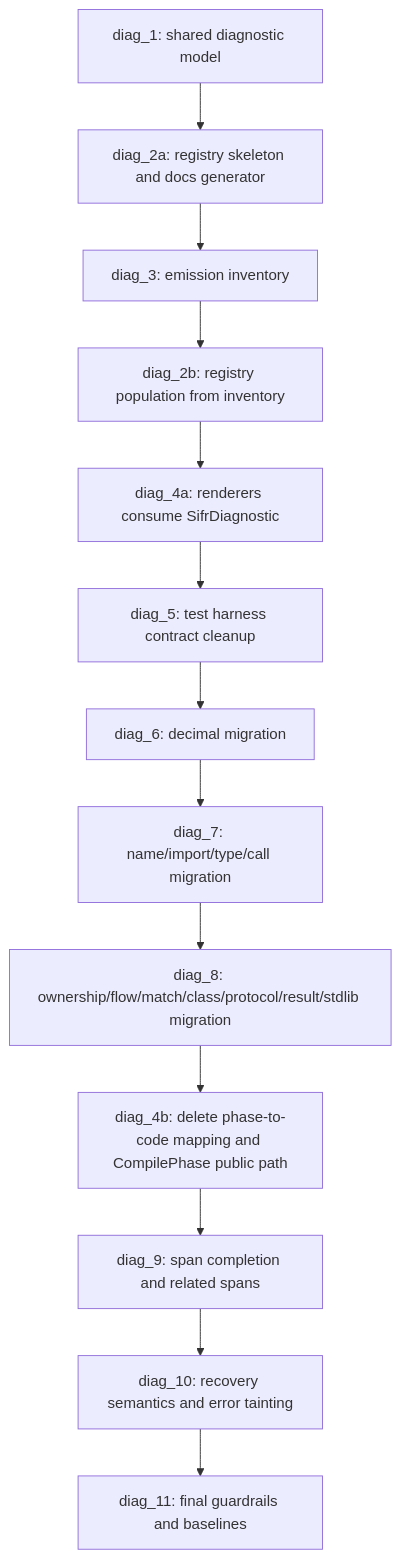
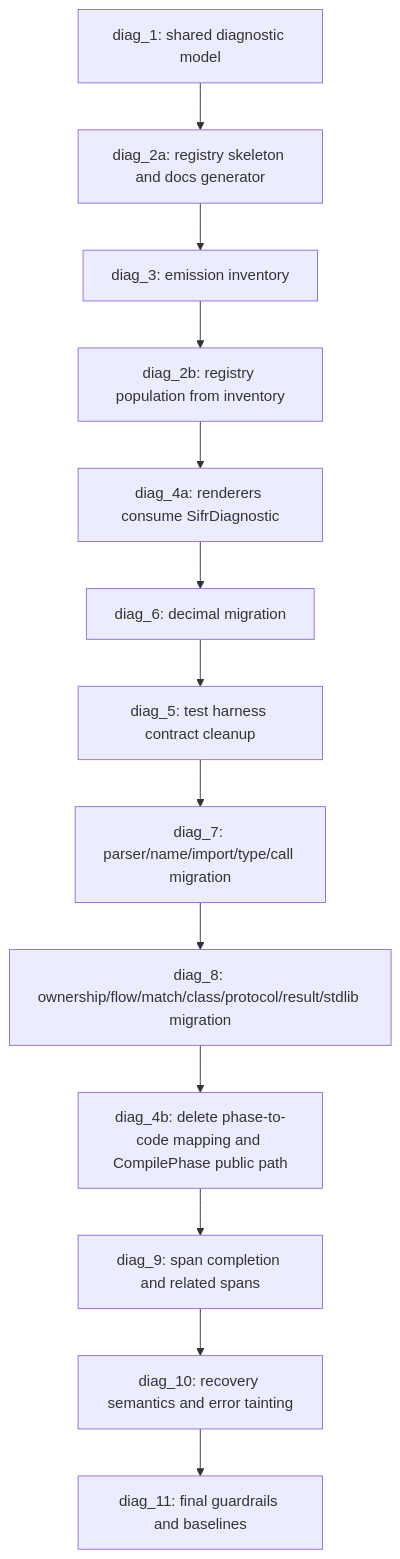
The diagram in issues/ad-hoc-semantic-diagnostic-code-taxonomy-and-structured-hir-diagnostics.md (sifr-lang/sifr), drawn with Mermaid before and after one commit. The commit also changed other lines of this file and 3 other files, not shown here.

````diff
--- a/issues/ad-hoc-semantic-diagnostic-code-taxonomy-and-structured-hir-diagnostics.md
+++ b/issues/ad-hoc-semantic-diagnostic-code-taxonomy-and-structured-hir-diagnostics.md
@@ -726,15 +756,15 @@
 ```mermaid
 flowchart TD
     diag1["diag_1: shared diagnostic model"] --> diag2a["diag_2a: registry skeleton and docs generator"]
     diag2a --> diag3["diag_3: emission inventory"]
     diag3 --> diag2b["diag_2b: registry population from inventory"]
     diag2b --> diag4a["diag_4a: renderers consume SifrDiagnostic"]
-    diag4a --> diag5["diag_5: test harness contract cleanup"]
-    diag5 --> diag6["diag_6: decimal migration"]
-    diag6 --> diag7["diag_7: name/import/type/call migration"]
+    diag4a --> diag6["diag_6: decimal migration"]
+    diag6 --> diag5["diag_5: test harness contract cleanup"]
+    diag5 --> diag7["diag_7: parser/name/import/type/call migration"]
     diag7 --> diag8["diag_8: ownership/flow/match/class/protocol/result/stdlib migration"]
     diag8 --> diag4b["diag_4b: delete phase-to-code mapping and CompilePhase public path"]
     diag4b --> diag9["diag_9: span completion and related spans"]
     diag9 --> diag10["diag_10: recovery semantics and error tainting"]
     diag10 --> diag11["diag_11: final guardrails and baselines"]
 ```
````
